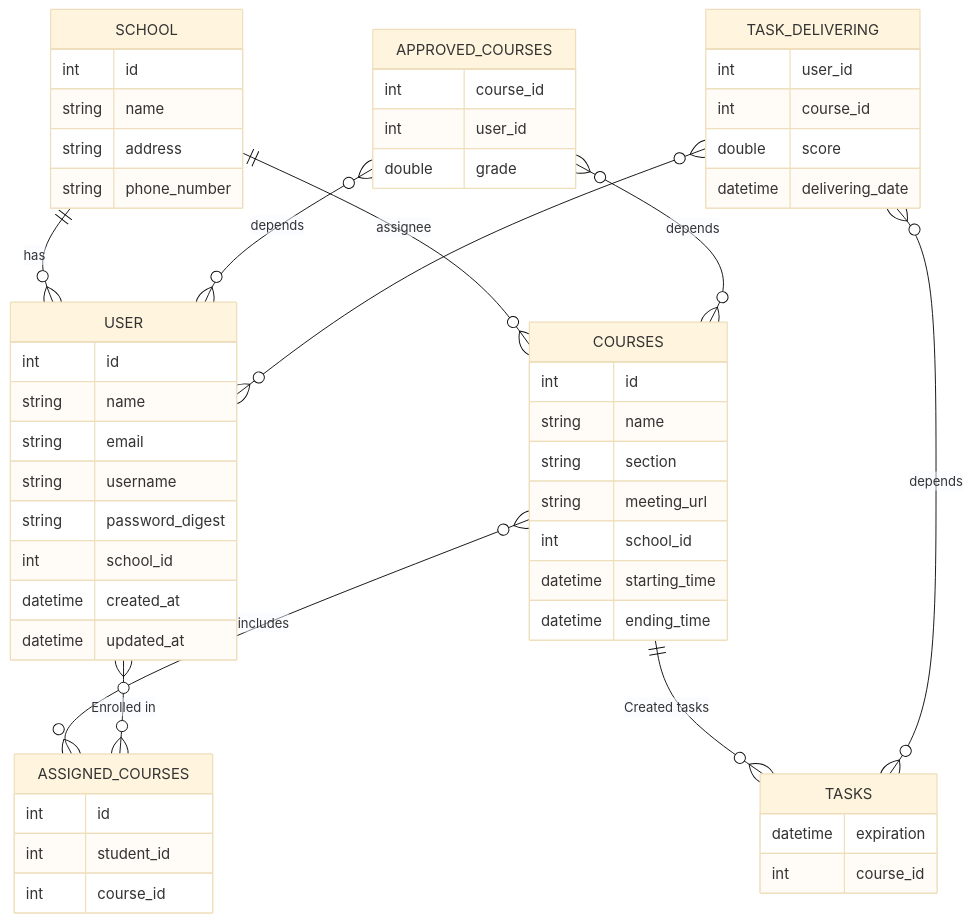
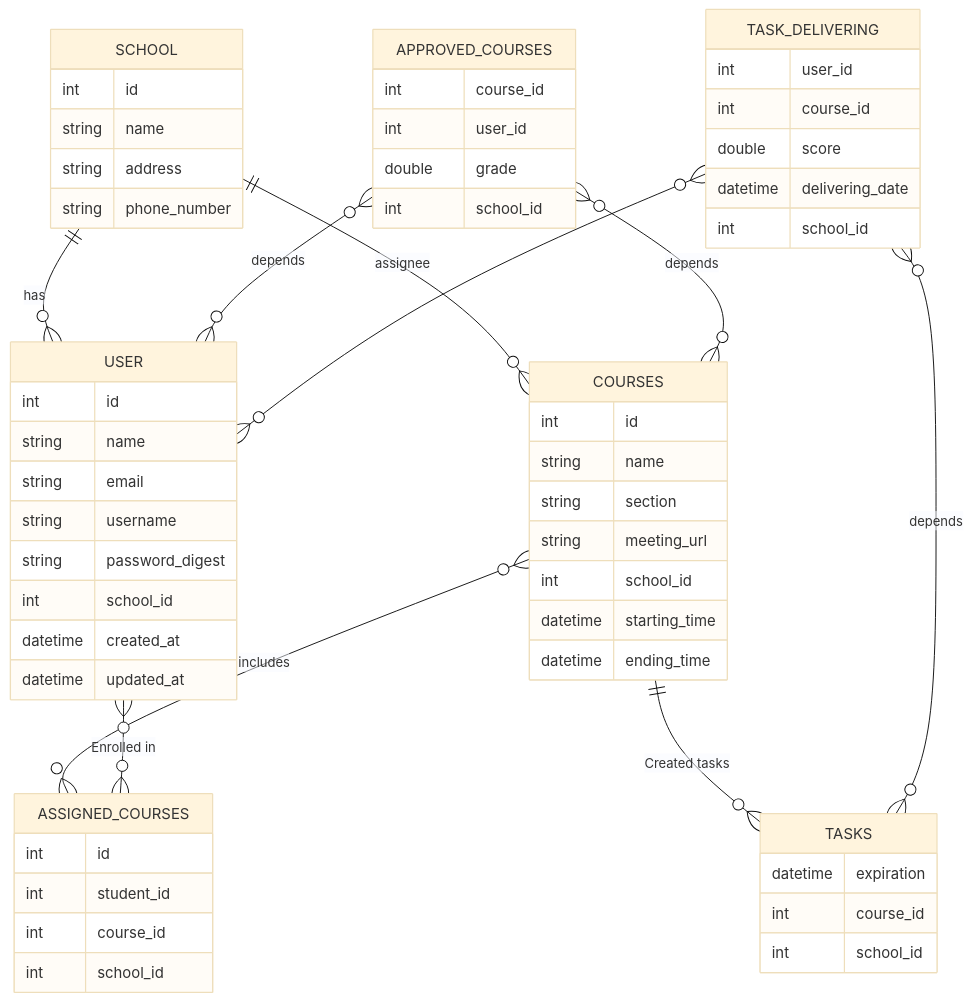
Before and after one commit to ripterdust/SchoolManagementSystem: the diagram in diagrams/class/database.md, drawn with Mermaid (base theme).

Commit message:
Added schoolId on database schema

````diff
--- a/diagrams/class/database.md
+++ b/diagrams/class/database.md
@@ -5,68 +5,72 @@
 ```mermaid
     erDiagram
 
     SCHOOL {
         int id
         string name
         string address
         string phone_number
     }
 
     USER {
         int id
         string name
         string email
         string username
         string password_digest
         int school_id
         datetime created_at
         datetime updated_at
     }
 
     COURSES {
         int id
         string name
         string section
         string meeting_url
         int school_id
         datetime starting_time
         datetime ending_time
     }
 
     APPROVED_COURSES {
         int course_id
         int user_id
         double grade
+        int school_id
     }
 
     ASSIGNED_COURSES {
         int id
         int student_id
         int course_id
+        int school_id
     }
 
     TASKS {
         datetime expiration
         int course_id
+        int school_id
     }
 
     TASK_DELIVERING {
         int user_id
         int course_id
         double score
         datetime delivering_date
+        int school_id
     }
 
 
     COURSES }o--o{ ASSIGNED_COURSES : includes
     SCHOOL ||--o{ COURSES : assignee
     COURSES ||--o{ TASKS : "Created tasks"
     SCHOOL  ||--o{ USER : has
     APPROVED_COURSES }o--o{ USER: "depends"
     APPROVED_COURSES }o--o{ COURSES: "depends"
     TASK_DELIVERING }o--o{ TASKS: "depends"
     TASK_DELIVERING }o--o{ USER: ""
     USER }o--o{ ASSIGNED_COURSES : "Enrolled in"
 
 
 ```
````
